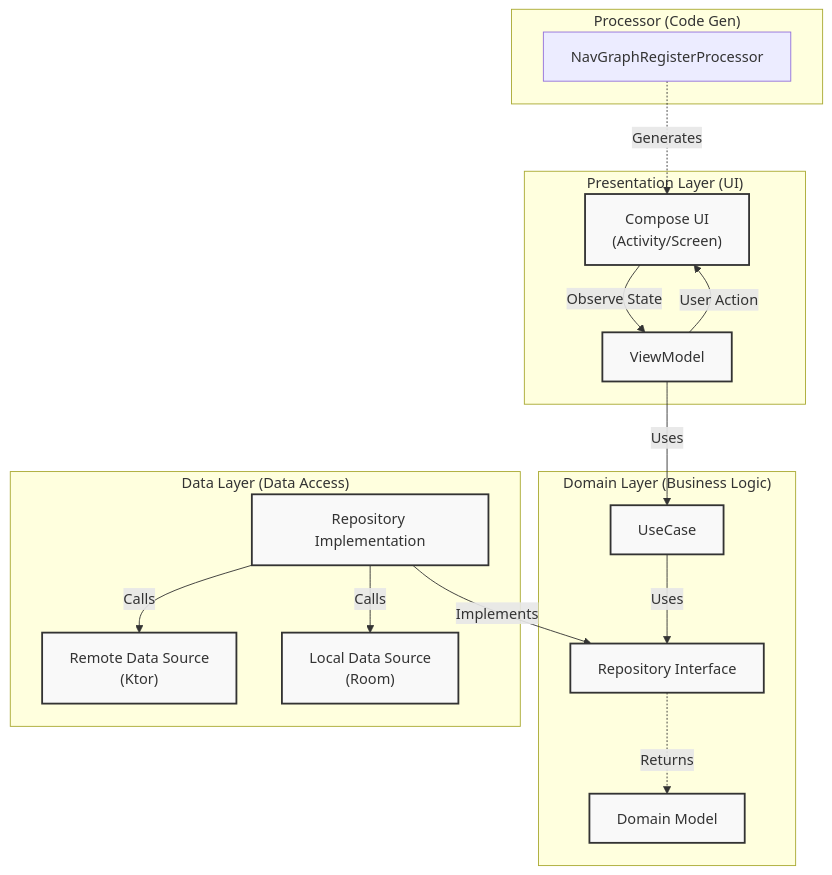
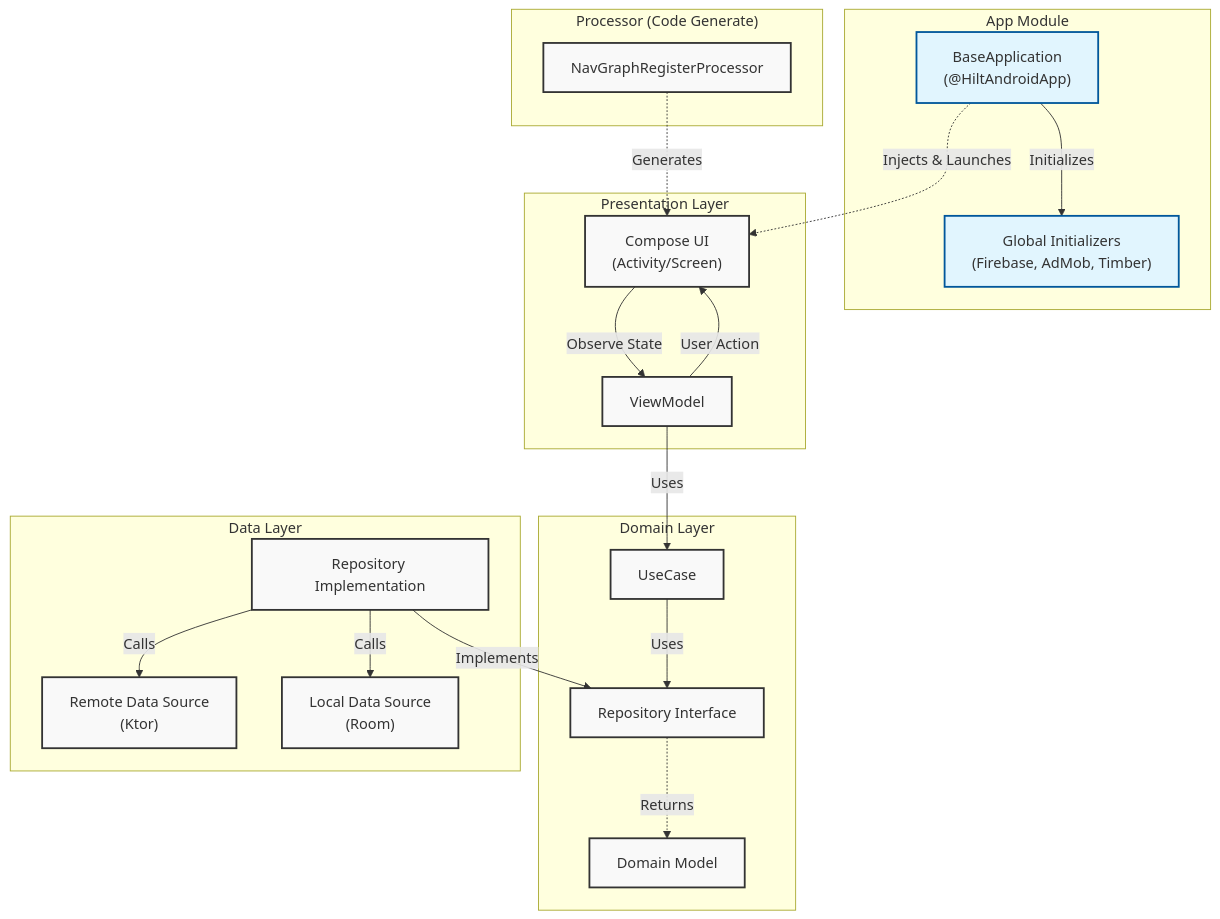
One commit to oh1701/KoreAi changed the first of 2 diagrams in README.md. Above: the diagram before and after it, drawn with Mermaid. The commit also changed other lines of this file, not shown here.

````diff
--- a/README.md
+++ b/README.md
@@ -34,38 +34,51 @@
 ```mermaid
 graph TD
-    subgraph "Presentation Layer (UI)"
+    subgraph "App Module"
+        BaseApp["BaseApplication<br/>(@HiltAndroidApp)"]
+        Configs["Global Initializers<br/>(Firebase, AdMob, Timber)"]
+        
+        BaseApp -->|Initializes| Configs
+    end
+
+    subgraph "Presentation Layer"
         UI["Compose UI<br/>(Activity/Screen)"]
         VM[ViewModel]
         UI -->|Observe State| VM
         VM -->|User Action| UI
     end
 
-    subgraph "Domain Layer (Business Logic)"
+    subgraph "Domain Layer"
         UC[UseCase]
         RepoInt[Repository Interface]
         Model[Domain Model]
         
         VM -->|Uses| UC
         UC -->|Uses| RepoInt
         RepoInt -.->|Returns| Model
     end
 
-    subgraph "Data Layer (Data Access)"
+    subgraph "Data Layer"
         RepoImpl[Repository Implementation]
         Remote["Remote Data Source<br/>(Ktor)"]
         Local["Local Data Source<br/>(Room)"]
         
         RepoImpl -->|Implements| RepoInt
         RepoImpl -->|Calls| Remote
         RepoImpl -->|Calls| Local
     end
 
-    subgraph "Processor (Code Gen)"
+    subgraph "Processor (Code Generate)"
         KSP[NavGraphRegisterProcessor]
         KSP -.->|Generates| UI
     end
     
+    %% Relationships
+    BaseApp -.->|Injects & Launches| UI
+    
     %% Styling
     classDef layer fill:#f9f9f9,stroke:#333,stroke-width:2px;
-    class UI,VM,UC,RepoInt,RepoImpl,Remote,Local,Model layer
+    classDef appLayer fill:#e1f5fe,stroke:#01579b,stroke-width:2px;
+    
+    class UI,VM,UC,RepoInt,RepoImpl,Remote,Local,Model,KSP layer
+    class BaseApp,Configs appLayer
 ```
````
